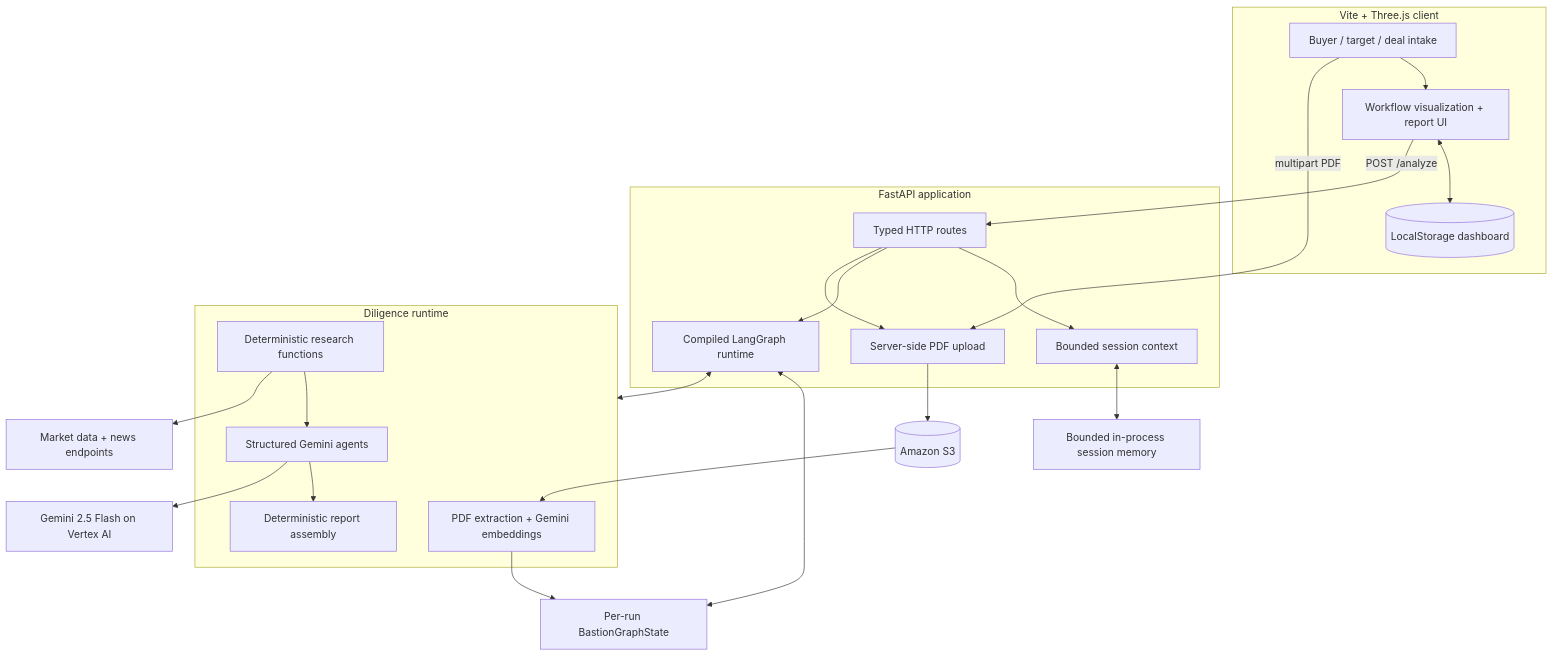
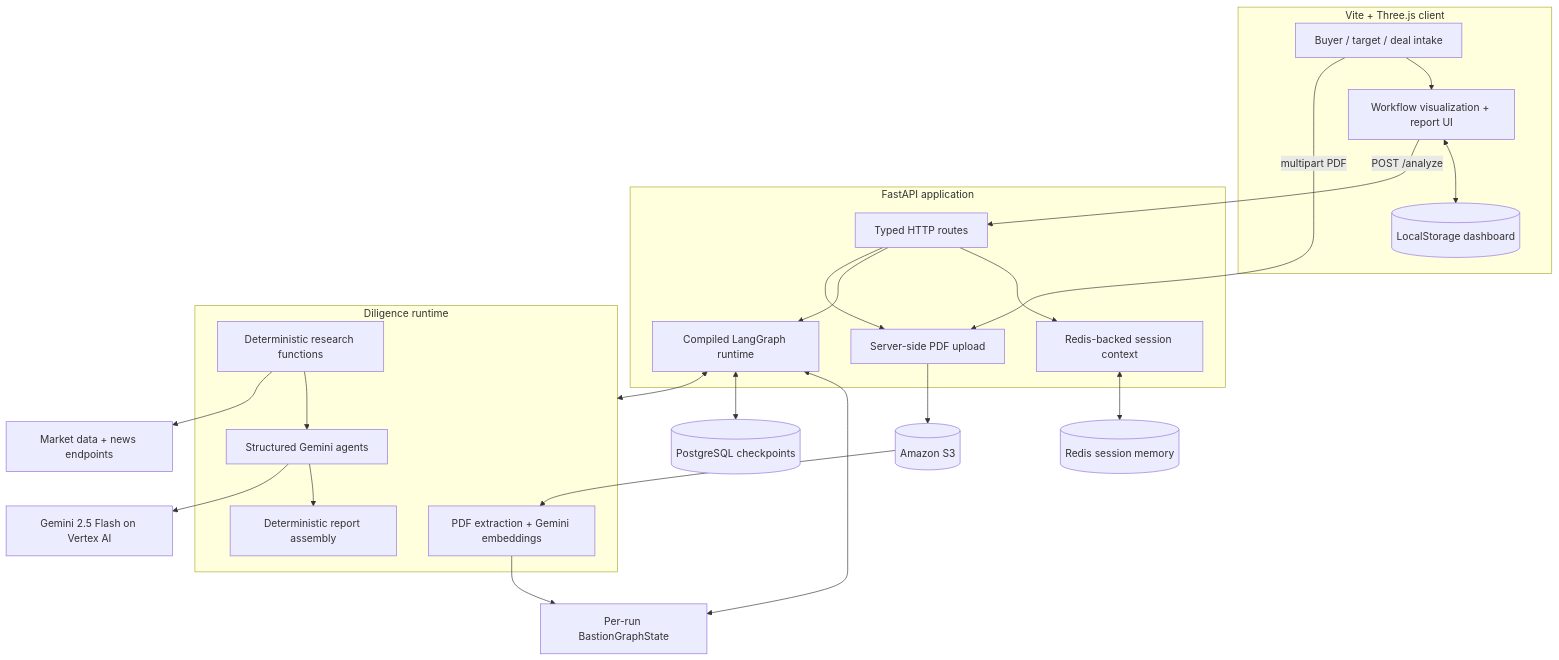
Before and after one commit to rogerrrmalcolm/Bastion: the first of 3 diagrams in README.md, drawn with Mermaid. The commit also changed other lines of this file and 11 other files, not shown here.

Commit message:
Redis memory

````diff
--- a/README.md
+++ b/README.md
@@ -23,38 +23,39 @@
 ```mermaid
 flowchart TB
     subgraph Browser["Vite + Three.js client"]
         Intake["Buyer / target / deal intake"]
         UI["Workflow visualization + report UI"]
         LocalDash[("LocalStorage dashboard")]
         Intake --> UI
         UI <--> LocalDash
     end
 
     subgraph API["FastAPI application"]
         Routes["Typed HTTP routes"]
         Upload["Server-side PDF upload"]
-        Session["Bounded session context"]
+        Session["Redis-backed session context"]
         Graph["Compiled LangGraph runtime"]
         Routes --> Session
         Routes --> Graph
         Routes --> Upload
     end
 
     subgraph Runtime["Diligence runtime"]
         Documents["PDF extraction + Gemini embeddings"]
         Research["Deterministic research functions"]
         Agents["Structured Gemini agents"]
         Report["Deterministic report assembly"]
         Research --> Agents --> Report
     end
 
     UI -->|"POST /analyze"| Routes
     Intake -->|"multipart PDF"| Upload
     Graph <--> Runtime
-    Session <--> Memory["Bounded in-process session memory"]
+    Session <--> Memory[("Redis session memory")]
     Graph <--> State["Per-run BastionGraphState"]
+    Graph <--> Checkpoints[("PostgreSQL checkpoints")]
     Upload --> S3[("Amazon S3")]
     S3 --> Documents --> State
     Research --> PublicData["Market data + news endpoints"]
     Agents --> Gemini["Gemini 2.5 Flash on Vertex AI"]
 ```
````
